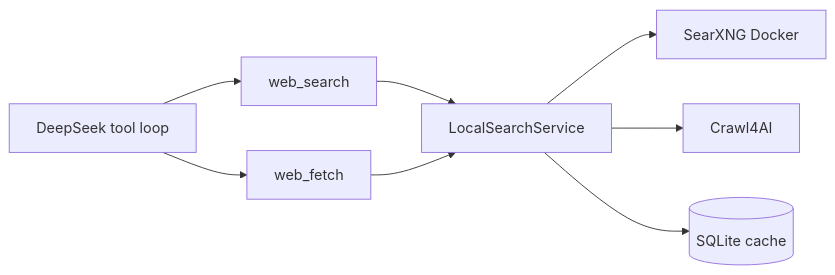
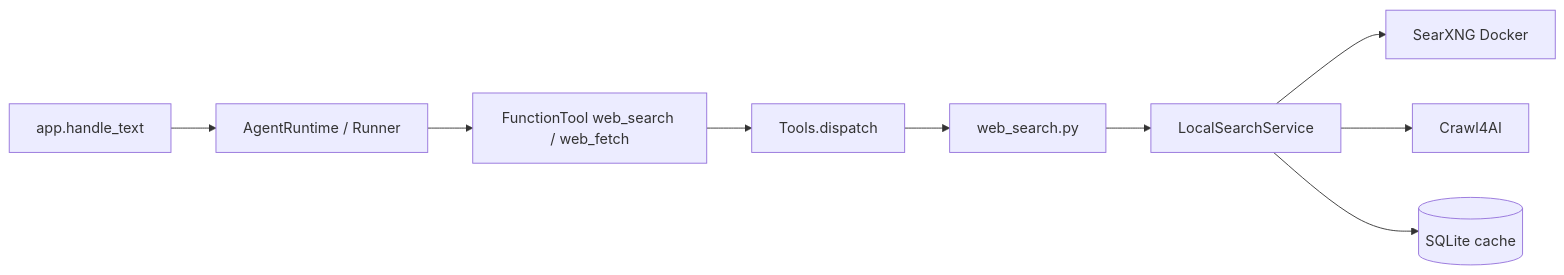
The diagram in .cursor/plans/searxng_crawl4ai_search_7375ab0a.plan.md (zcweng/home-jarvis), drawn with Mermaid before and after one commit. The commit also changed other lines of this file and 23 other files, not shown here.

````diff
--- a/.cursor/plans/searxng_crawl4ai_search_7375ab0a.plan.md
+++ b/.cursor/plans/searxng_crawl4ai_search_7375ab0a.plan.md
@@ -35,10 +37,11 @@
 ```mermaid
 flowchart LR
-  LLM["DeepSeek tool loop"] --> WS["web_search"]
-  LLM --> WF["web_fetch"]
+  Voice["app.handle_text"] --> Runtime["AgentRuntime / Runner"]
+  Runtime --> FT["FunctionTool web_search / web_fetch"]
+  FT --> Dispatch["Tools.dispatch"]
+  Dispatch --> WS["web_search.py"]
   WS --> Svc["LocalSearchService"]
-  WF --> Svc
   Svc --> SX["SearXNG Docker"]
   Svc --> C4["Crawl4AI"]
   Svc --> Cache[("SQLite cache")]
 ```
````
